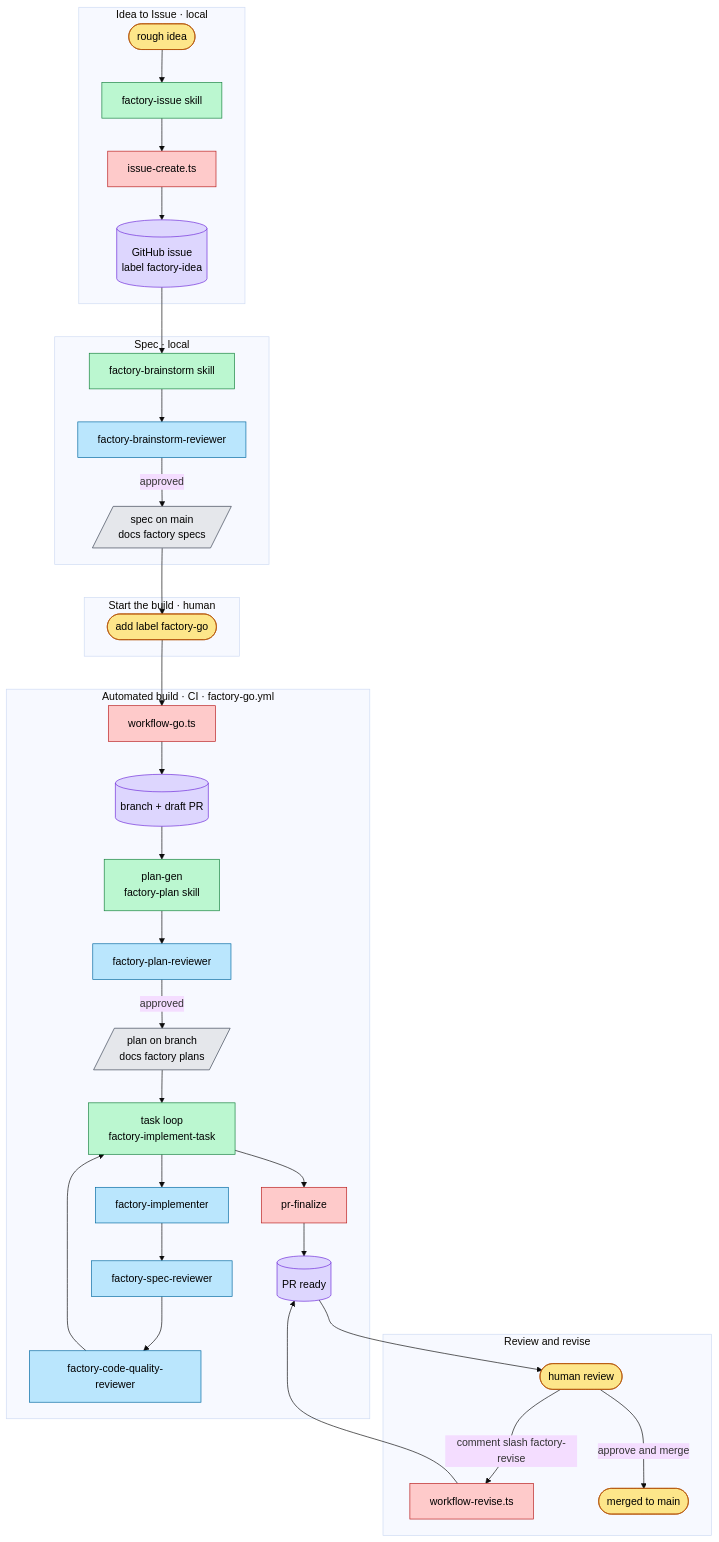
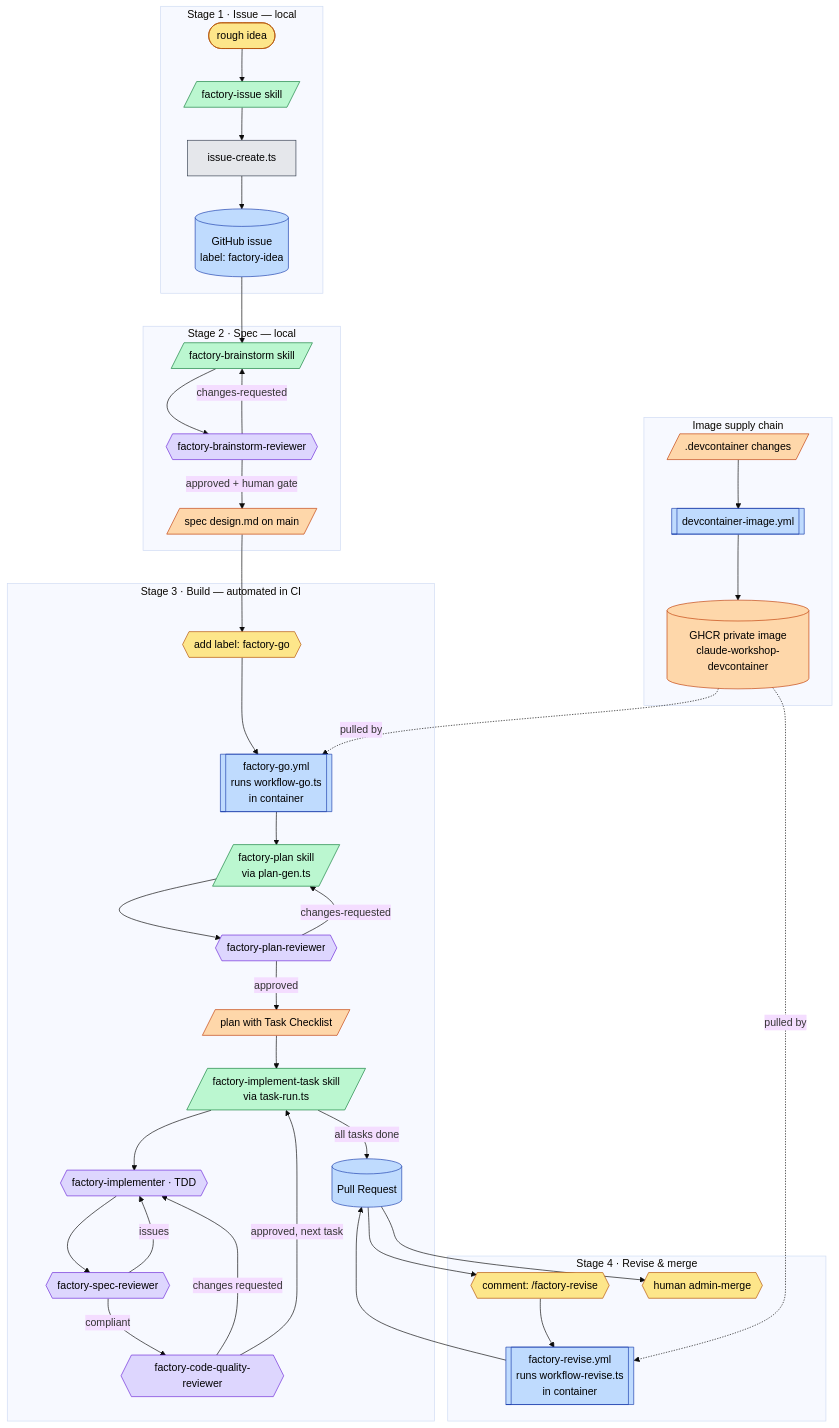
The first of 2 diagrams in docs/factory/factory-process-guide.md (jost-kuenzel/claude-workshop), drawn with Mermaid (base theme) before and after one commit. The commit also changed other lines of this file, not shown here.

Commit message:
factory: refresh process guide for the container + auto-mode boundary

````diff
--- a/docs/factory/factory-process-guide.md
+++ b/docs/factory/factory-process-guide.md
@@ -28,47 +31,66 @@
 ```mermaid
 flowchart TD
-  subgraph S1[Idea to Issue · local]
-    idea([rough idea]):::human --> iskill[factory-issue skill]:::skill
-    iskill --> icreate[issue-create.ts]:::script
-    icreate --> issue[(GitHub issue<br/>label factory-idea)]:::gh
-  end
+    idea([rough idea]):::human
 
-  subgraph S2[Spec · local]
-    issue --> bskill[factory-brainstorm skill]:::skill
-    bskill --> brev[factory-brainstorm-reviewer]:::agent
-    brev -->|approved| spec[/spec on main<br/>docs factory specs/]:::artifact
-  end
+    subgraph S1["Stage 1 · Issue — local"]
+        sIssue[/factory-issue skill/]:::skill
+        issueScript[issue-create.ts]:::script
+        ghIssue[(GitHub issue<br/>label: factory-idea)]:::gh
+        idea --> sIssue --> issueScript --> ghIssue
+    end
 
-  subgraph S3[Start the build · human]
-    spec --> label([add label factory-go]):::human
-  end
+    subgraph S2["Stage 2 · Spec — local"]
+        sBrain[/factory-brainstorm skill/]:::skill
+        bRev{{factory-brainstorm-reviewer}}:::agent
+        specDoc[/spec design.md on main/]:::artifact
+        ghIssue --> sBrain --> bRev -->|approved + human gate| specDoc
+        bRev -->|changes-requested| sBrain
+    end
 
-  subgraph S4[Automated build · CI · factory-go.yml]
-    label --> wgo[workflow-go.ts]:::script
-    wgo --> seed[(branch + draft PR)]:::gh
-    seed --> plan[plan-gen<br/>factory-plan skill]:::skill
-    plan --> prev[factory-plan-reviewer]:::agent
-    prev -->|approved| planfile[/plan on branch<br/>docs factory plans/]:::artifact
-    planfile --> loop[task loop<br/>factory-implement-task]:::skill
-    loop --> impl[factory-implementer]:::agent
-    impl --> srev[factory-spec-reviewer]:::agent
-    srev --> qrev[factory-code-quality-reviewer]:::agent
-    qrev --> loop
-    loop --> finalize[pr-finalize]:::script
-    finalize --> pr[(PR ready)]:::gh
-  end
+    label{{add label: factory-go}}:::human
+    specDoc --> label
 
-  subgraph S5[Review and revise]
-    pr --> review([human review]):::human
-    review -->|comment slash factory-revise| wrev[workflow-revise.ts]:::script
-    wrev --> pr
-    review -->|approve and merge| merged([merged to main]):::human
-  end
+    subgraph S3["Stage 3 · Build — automated in CI"]
+        wfGo[[factory-go.yml<br/>runs workflow-go.ts<br/>in container]]:::gh
+        planGen[/factory-plan skill<br/>via plan-gen.ts/]:::skill
+        pRev{{factory-plan-reviewer}}:::agent
+        planDoc[/plan with Task Checklist/]:::artifact
+        taskLoop[/factory-implement-task skill<br/>via task-run.ts/]:::skill
+        impl{{factory-implementer · TDD}}:::agent
+        specR{{factory-spec-reviewer}}:::agent
+        qualR{{factory-code-quality-reviewer}}:::agent
+        pr[(Pull Request)]:::gh
 
-  classDef human fill:#fde68a,stroke:#b45309,color:#000
-  classDef gh fill:#ddd6fe,stroke:#6d28d9,color:#000
-  classDef skill fill:#bbf7d0,stroke:#15803d,color:#000
-  classDef agent fill:#bae6fd,stroke:#0369a1,color:#000
-  classDef script fill:#fecaca,stroke:#b91c1c,color:#000
-  classDef artifact fill:#e5e7eb,stroke:#374151,color:#000
+        label --> wfGo --> planGen --> pRev -->|approved| planDoc
+        pRev -->|changes-requested| planGen
+        planDoc --> taskLoop --> impl --> specR -->|compliant| qualR
+        specR -->|issues| impl
+        qualR -->|changes requested| impl
+        qualR -->|approved, next task| taskLoop
+        taskLoop -->|all tasks done| pr
+    end
+
+    subgraph S4["Stage 4 · Revise & merge"]
+        revise{{comment: /factory-revise}}:::human
+        wfRev[[factory-revise.yml<br/>runs workflow-revise.ts<br/>in container]]:::gh
+        merge{{human admin-merge}}:::human
+        pr --> revise --> wfRev --> pr
+        pr --> merge
+    end
+
+    subgraph IMG["Image supply chain"]
+        dc[/.devcontainer changes/]:::artifact
+        wfImg[[devcontainer-image.yml]]:::gh
+        ghcr[(GHCR private image<br/>claude-workshop-devcontainer)]:::artifact
+        dc --> wfImg --> ghcr
+        ghcr -.pulled by.-> wfGo
+        ghcr -.pulled by.-> wfRev
+    end
+
+    classDef human fill:#fde68a,stroke:#b45309,color:#000
+    classDef gh fill:#bfdbfe,stroke:#1e40af,color:#000
+    classDef skill fill:#bbf7d0,stroke:#15803d,color:#000
+    classDef agent fill:#ddd6fe,stroke:#6d28d9,color:#000
+    classDef script fill:#e5e7eb,stroke:#374151,color:#000
+    classDef artifact fill:#fed7aa,stroke:#c2410c,color:#000
 ```
````
